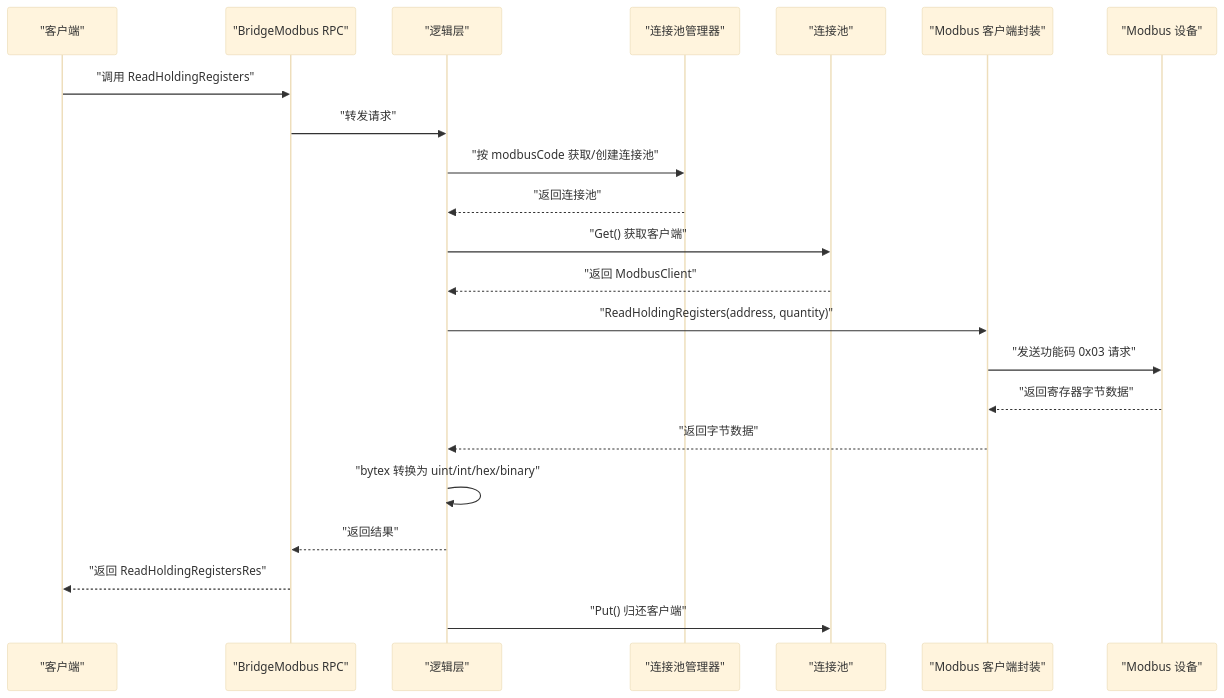
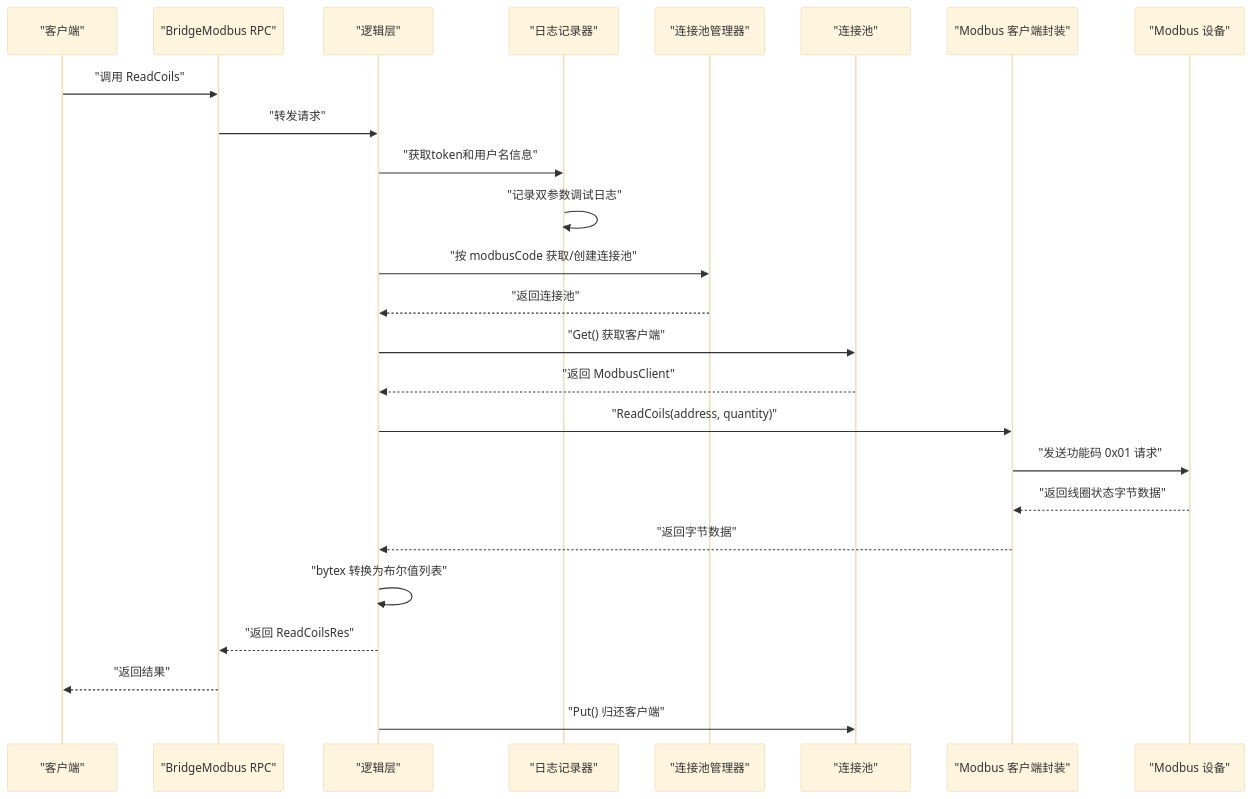
One commit to maomao94/zero-service changed the second of 8 diagrams in .qoder/repowiki/zh/content/核心服务详解/Modbus 协议桥接服务/Modbus 协议桥接服务.md. Above: the diagram before and after it, drawn with Mermaid (base theme). The commit also changed other lines of this file and 2 other files, not shown here.

````diff
--- a/.qoder/repowiki/zh/content/核心服务详解/Modbus 协议桥接服务/Modbus 协议桥接服务.md
+++ b/.qoder/repowiki/zh/content/核心服务详解/Modbus 协议桥接服务/Modbus 协议桥接服务.md
@@ -93,24 +109,27 @@
 ```mermaid
 sequenceDiagram
 participant Client as "客户端"
 participant RPC as "BridgeModbus RPC"
 participant Logic as "逻辑层"
+participant Logger as "日志记录器"
 participant PoolMgr as "连接池管理器"
 participant Pool as "连接池"
 participant MB as "Modbus 客户端封装"
 participant Dev as "Modbus 设备"
-Client->>RPC : "调用 ReadHoldingRegisters"
+Client->>RPC : "调用 ReadCoils"
 RPC->>Logic : "转发请求"
+Logic->>Logger : "获取token和用户名信息"
+Logger->>Logger : "记录双参数调试日志"
 Logic->>PoolMgr : "按 modbusCode 获取/创建连接池"
 PoolMgr-->>Logic : "返回连接池"
 Logic->>Pool : "Get() 获取客户端"
 Pool-->>Logic : "返回 ModbusClient"
-Logic->>MB : "ReadHoldingRegisters(address, quantity)"
-MB->>Dev : "发送功能码 0x03 请求"
-Dev-->>MB : "返回寄存器字节数据"
+Logic->>MB : "ReadCoils(address, quantity)"
+MB->>Dev : "发送功能码 0x01 请求"
+Dev-->>MB : "返回线圈状态字节数据"
 MB-->>Logic : "返回字节数据"
-Logic->>Logic : "bytex 转换为 uint/int/hex/binary"
-Logic-->>RPC : "返回结果"
-RPC-->>Client : "返回 ReadHoldingRegistersRes"
+Logic->>Logic : "bytex 转换为布尔值列表"
+Logic-->>RPC : "返回 ReadCoilsRes"
+RPC-->>Client : "返回结果"
 Logic->>Pool : "Put() 归还客户端"
 ```
````
